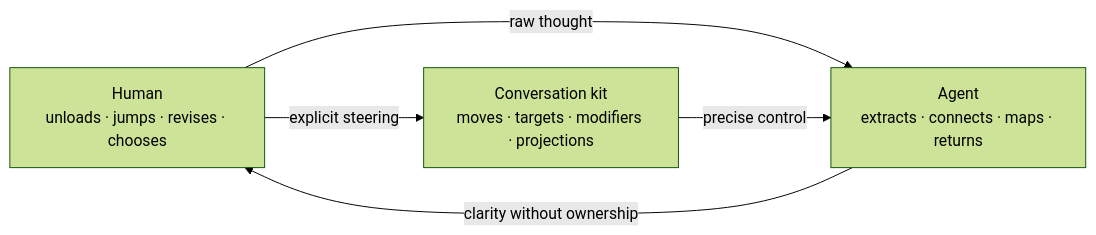
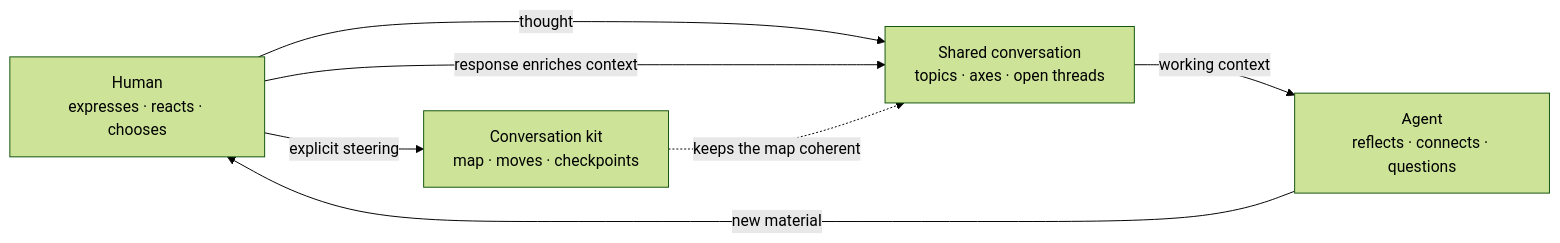
One commit to control-decks/think-it-through changed the first of 2 diagrams in README.md. Above: the diagram before and after it, drawn with Mermaid (forest theme). The commit also changed other lines of this file and 5 other files, not shown here.

```diff
--- a/README.md
+++ b/README.md
@@ -65,10 +69,13 @@
 ~~~mermaid
 flowchart LR
-    H["Human<br/>unloads · jumps · revises · chooses"]
-    K["Conversation kit<br/>moves · targets · modifiers · projections"]
-    A["Agent<br/>extracts · connects · maps · returns"]
-    H -->|"raw thought"| A
+    H["Human<br/>expresses · reacts · chooses"]
+    C["Shared conversation<br/>topics · axes · open threads"]
+    A["Agent<br/>reflects · connects · questions"]
+    K["Conversation kit<br/>map · moves · checkpoints"]
+    H -->|"thought"| C
+    C -->|"working context"| A
+    A -->|"new material"| H
+    H -->|"response enriches context"| C
     H -->|"explicit steering"| K
-    K -->|"precise control"| A
-    A -->|"clarity without ownership"| H
+    K -. "keeps the map coherent" .-> C
 ~~~
```
